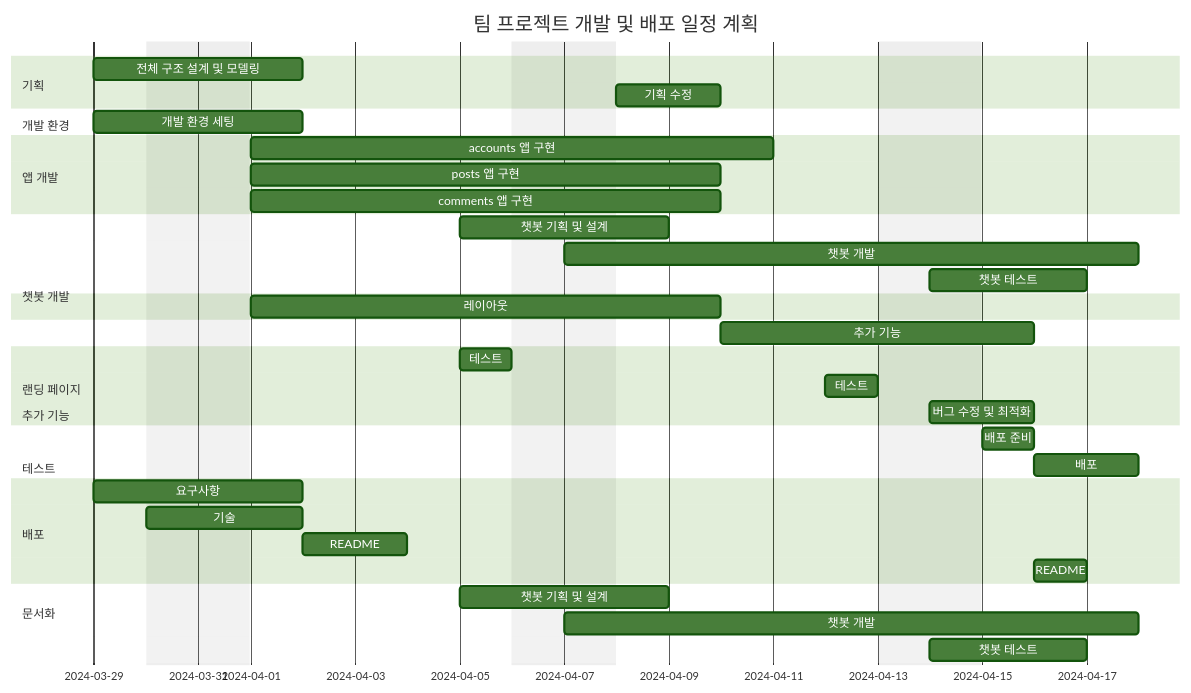
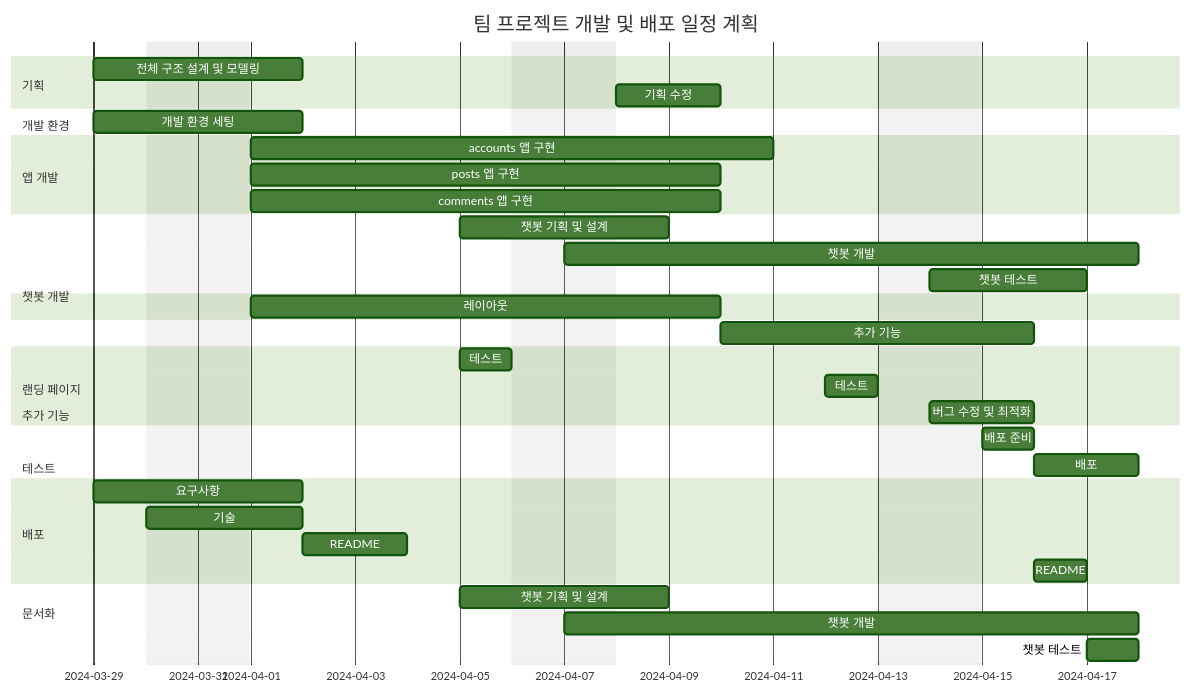
Before and after one commit to seungil1/recommand_tour: the third of 3 diagrams in README.md, drawn with Mermaid (forest theme).

````diff
--- a/README.md
+++ b/README.md
@@ -84,49 +84,49 @@
 ```mermaid
 gantt
     dateFormat  YYYY-MM-DD
     title 팀 프로젝트 개발 및 배포 일정 계획
     excludes weekends
 
     section 기획
     전체 구조 설계 및 모델링 :des1, 2024-03-29, 2d
     기획 수정 : 2024-04-08, 2d
 
     section 개발 환경
     개발 환경 세팅 :set1, 2024-03-29, 2d
 
     section 앱 개발
     accounts 앱 구현 :acc1, 2024-04-01, 8d
     posts 앱 구현 :pos1, 2024-04-01, 7d
     comments 앱 구현 :com1, 2024-04-01, 7d
 
        section 챗봇 개발
     챗봇 기획 및 설계 :chat1, 2024-04-05, 2d
     챗봇 개발 :chat2, 2024-04-07, 9d
     챗봇 테스트 :chat3, 2024-04-14, 3d
 
     section 랜딩 페이지
     레이아웃 :lan1, 2024-04-01, 7d
 
     section 추가 기능
     추가 기능 : 2024-04-10, 4d
 
     section 테스트
     테스트 : 2024-04-05, 1d
     테스트 : 2024-04-12, 1d
     버그 수정 및 최적화 : 2024-04-14, 2d
 
     section 배포
     배포 준비 :deploy1, 2024-04-15, 1d
     배포 :deploy2, after deploy1, 2d
     
     section 문서화
     요구사항 : 2024-03-29, 1.5d
     기술 : 2024-03-30, 2d
     README : 2024-04-02, 2d
     README : doc1, 2024-04-16, 1d
 
    section 챗봇 개발
     챗봇 기획 및 설계 :chat1, 2024-04-05, 2d
     챗봇 개발 :chat2, 2024-04-07, 9d
-    챗봇 테스트 :chat3, 2024-04-14, 3d
+    챗봇 테스트 :chat3, 2024-04-17, 1d
 ```
````
